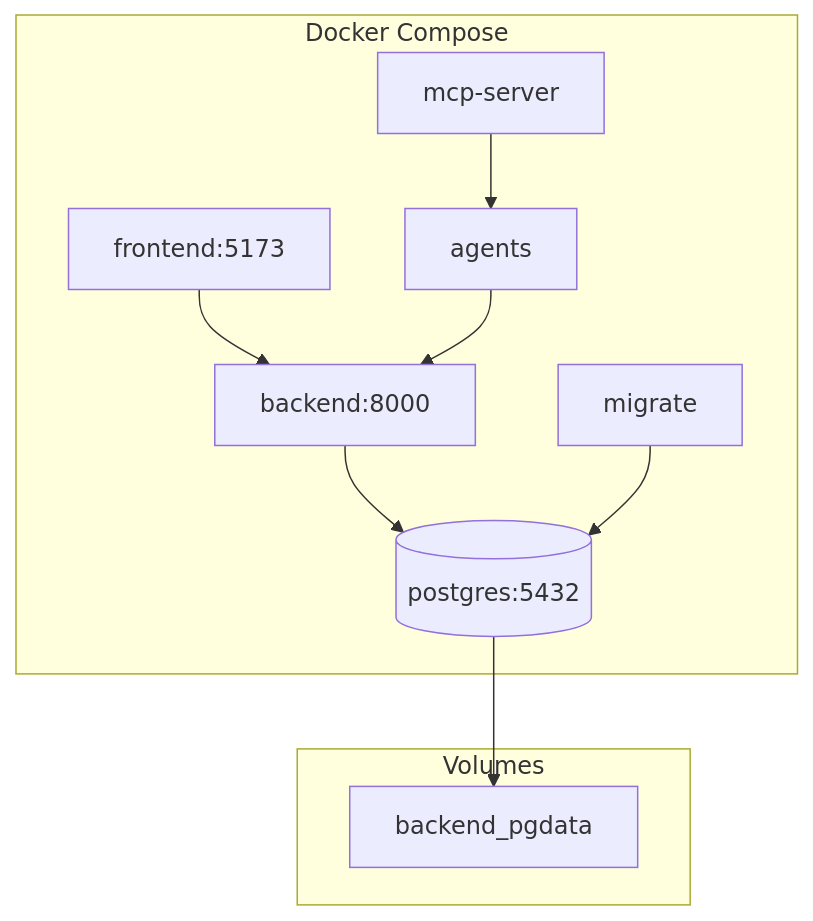
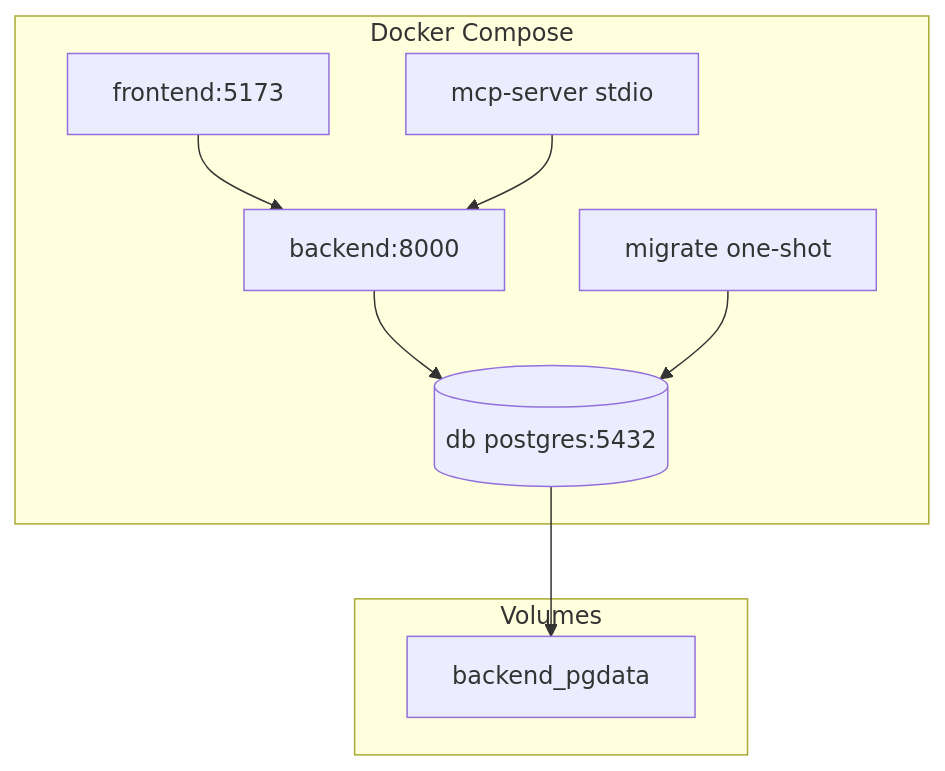
The tenth of 11 diagrams in docs/architecture.md (tasumu/ntn-lbtools), drawn with Mermaid before and after one commit. The commit also changed other lines of this file and 4 other files, not shown here.

````diff
--- a/docs/architecture.md
+++ b/docs/architecture.md
@@ -360,22 +388,20 @@
 ```mermaid
 flowchart TB
     subgraph Docker Compose
+        DB[(db postgres:5432)]
+        Backend[backend:8000]
         Frontend[frontend:5173]
-        Backend[backend:8000]
-        MCP[mcp-server]
-        Agents[agents]
-        DB[(postgres:5432)]
-        Migrate[migrate]
+        MCP[mcp-server stdio]
+        Migrate[migrate one-shot]
     end
 
     subgraph Volumes
         PGData[backend_pgdata]
     end
 
     Frontend --> Backend
-    MCP --> Agents
-    Agents --> Backend
+    MCP --> Backend
     Backend --> DB
     DB --> PGData
     Migrate --> DB
 ```
````
